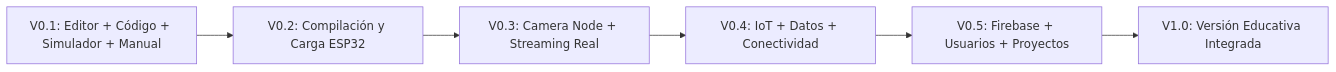
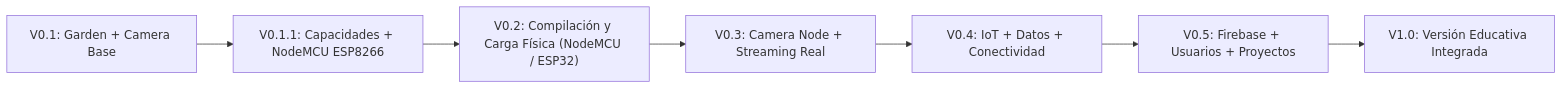
One commit to smarcelocejasgit/bi-tech-iot-studio changed the diagram in docs/ROADMAP.md. Above: the diagram before and after it, drawn with Mermaid. The commit also changed other lines of this file and 29 other files, not shown here.

Commit message:
feat(v0.1.1): agregar perfil NodeMCU ESP8266, capa de capacidades de hardware y validacion de restricciones

````diff
--- a/docs/ROADMAP.md
+++ b/docs/ROADMAP.md
@@ -5,8 +3,9 @@
 ```mermaid
 flowchart LR
-    V01["V0.1: Editor + Código + Simulador + Manual"] --> V02["V0.2: Compilación y Carga ESP32"]
+    V01["V0.1: Garden + Camera Base"] --> V011["V0.1.1: Capacidades + NodeMCU ESP8266"]
+    V011 --> V02["V0.2: Compilación y Carga Física (NodeMCU / ESP32)"]
     V02 --> V03["V0.3: Camera Node + Streaming Real"]
     V03 --> V04["V0.4: IoT + Datos + Conectividad"]
     V04 --> V05["V0.5: Firebase + Usuarios + Proyectos"]
     V05 --> V10["V1.0: Versión Educativa Integrada"]
 ```
````
